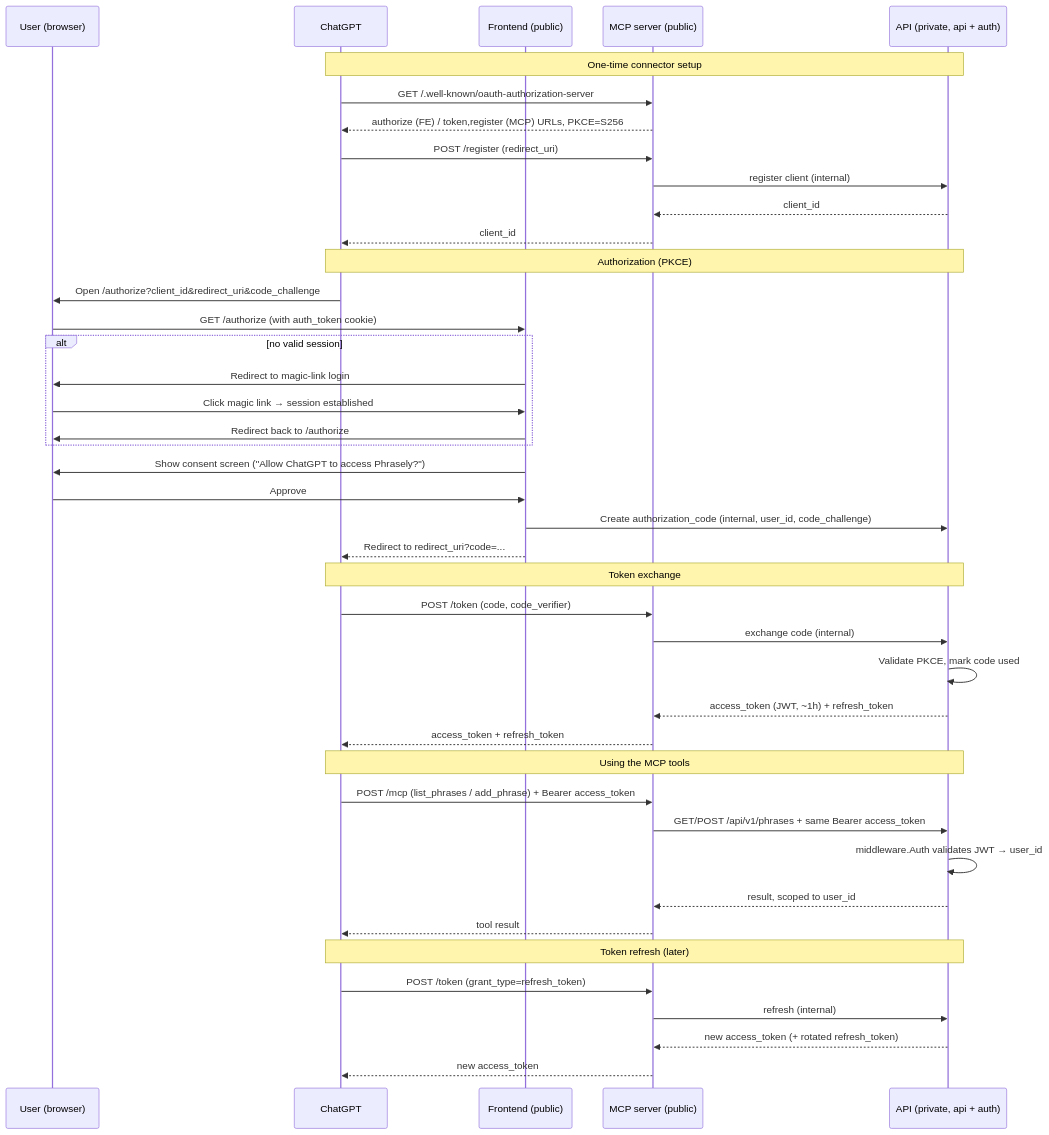
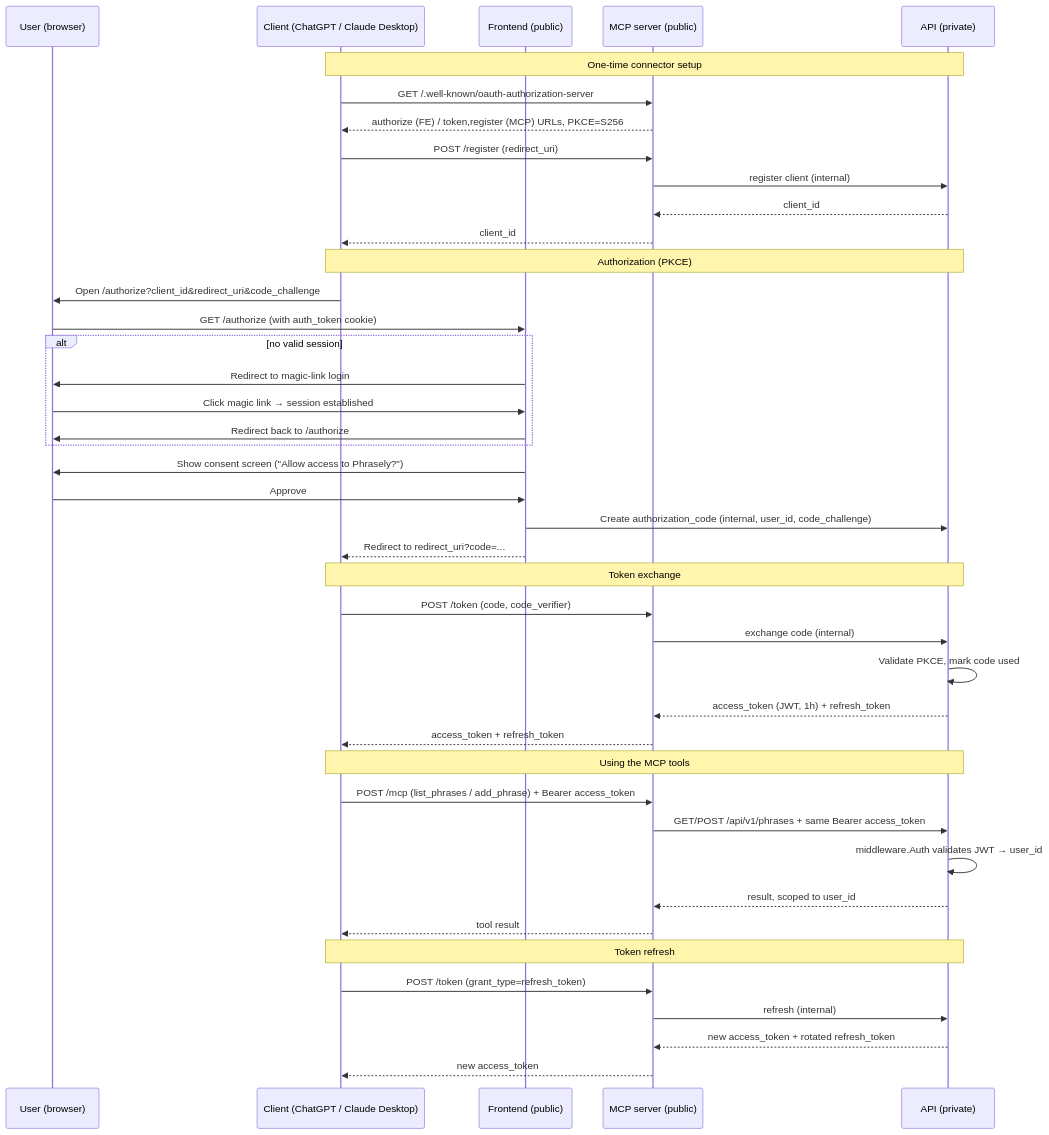
The diagram in docs/mcp-server.md (andreistefanciprian/phrasely), drawn with Mermaid before and after one commit. The commit also changed other lines of this file and 1 other file, not shown here.

First line of the commit message:
chore(docs): update mcp-server.md to reflect implemented state

````diff
--- a/docs/mcp-server.md
+++ b/docs/mcp-server.md
@@ -94,49 +84,49 @@
 ```mermaid
 sequenceDiagram
     participant U as User (browser)
-    participant C as ChatGPT
+    participant C as Client (ChatGPT / Claude Desktop)
     participant FE as Frontend (public)
     participant MCP as MCP server (public)
-    participant API as API (private, api + auth)
+    participant API as API (private)
 
     Note over C,API: One-time connector setup
     C->>MCP: GET /.well-known/oauth-authorization-server
     MCP-->>C: authorize (FE) / token,register (MCP) URLs, PKCE=S256
     C->>MCP: POST /register (redirect_uri)
     MCP->>API: register client (internal)
     API-->>MCP: client_id
     MCP-->>C: client_id
 
     Note over C,API: Authorization (PKCE)
     C->>U: Open /authorize?client_id&redirect_uri&code_challenge
     U->>FE: GET /authorize (with auth_token cookie)
     alt no valid session
         FE->>U: Redirect to magic-link login
         U->>FE: Click magic link → session established
         FE->>U: Redirect back to /authorize
     end
-    FE->>U: Show consent screen ("Allow ChatGPT to access Phrasely?")
+    FE->>U: Show consent screen ("Allow access to Phrasely?")
     U->>FE: Approve
     FE->>API: Create authorization_code (internal, user_id, code_challenge)
     FE-->>C: Redirect to redirect_uri?code=...
 
     Note over C,API: Token exchange
     C->>MCP: POST /token (code, code_verifier)
     MCP->>API: exchange code (internal)
     API->>API: Validate PKCE, mark code used
-    API-->>MCP: access_token (JWT, ~1h) + refresh_token
+    API-->>MCP: access_token (JWT, 1h) + refresh_token
     MCP-->>C: access_token + refresh_token
 
     Note over C,API: Using the MCP tools
     C->>MCP: POST /mcp (list_phrases / add_phrase) + Bearer access_token
     MCP->>API: GET/POST /api/v1/phrases + same Bearer access_token
     API->>API: middleware.Auth validates JWT → user_id
     API-->>MCP: result, scoped to user_id
     MCP-->>C: tool result
 
-    Note over C,API: Token refresh (later)
+    Note over C,API: Token refresh
     C->>MCP: POST /token (grant_type=refresh_token)
     MCP->>API: refresh (internal)
-    API-->>MCP: new access_token (+ rotated refresh_token)
+    API-->>MCP: new access_token + rotated refresh_token
     MCP-->>C: new access_token
 ```
````
